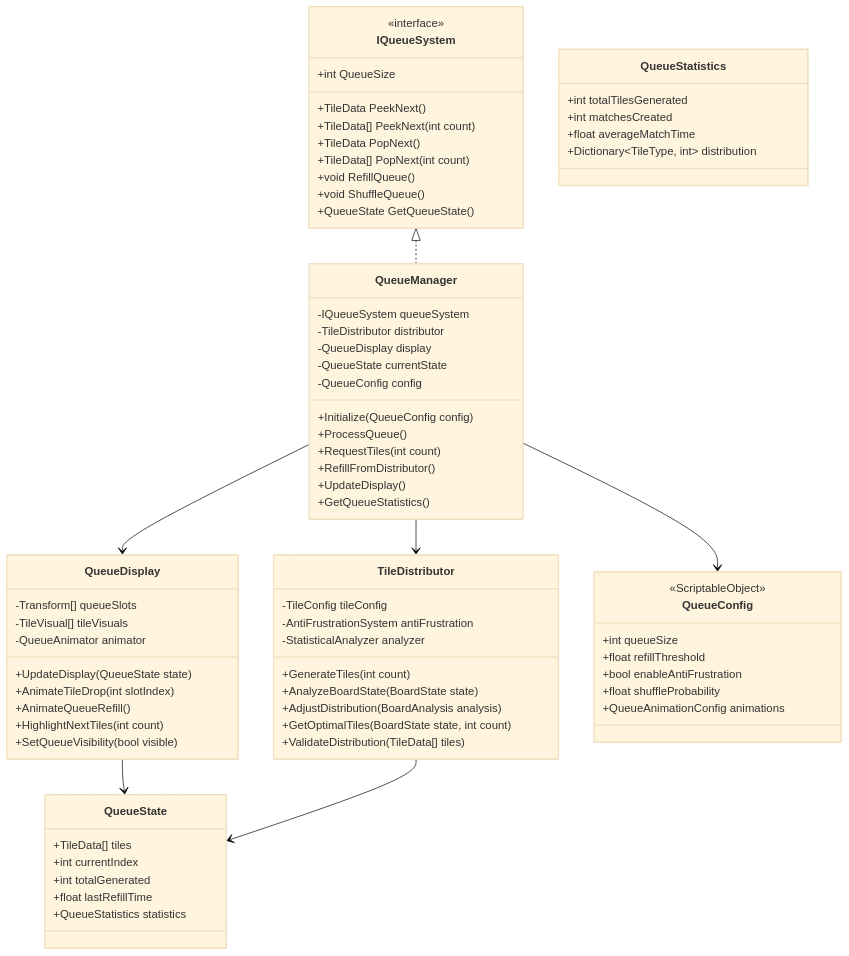
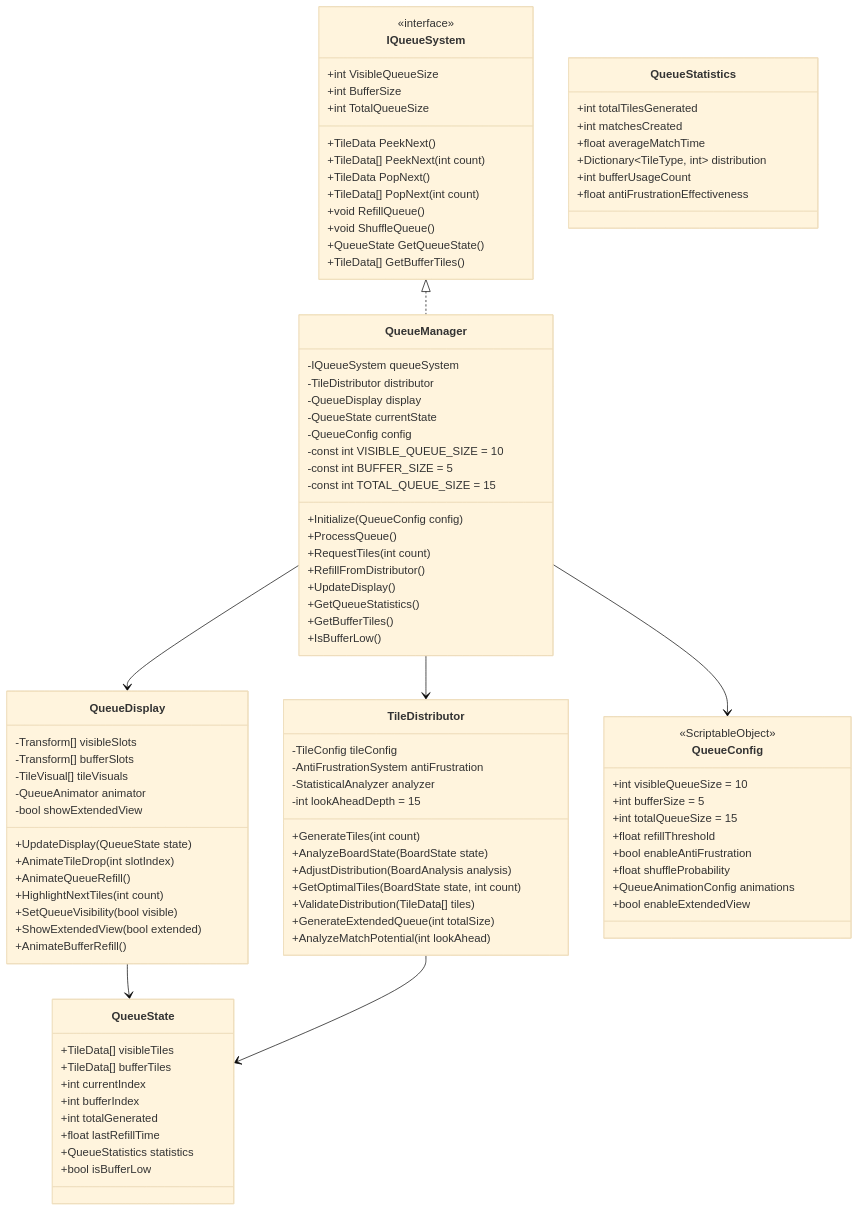
One commit to uriahwhitt/SWITCH changed the seventh of 33 diagrams in docs/architecture/SWITCH_system_architecture.md. Above: the diagram before and after it, drawn with Mermaid (base theme). The commit also changed other lines of this file and 42 other files, not shown here.

```diff
--- a/docs/architecture/SWITCH_system_architecture.md
+++ b/docs/architecture/SWITCH_system_architecture.md
@@ -376,7 +417,9 @@
 classDiagram
     class IQueueSystem {
         <<interface>>
-        +int QueueSize
+        +int VisibleQueueSize
+        +int BufferSize
+        +int TotalQueueSize
         +TileData PeekNext()
         +TileData[] PeekNext(int count)
         +TileData PopNext()
@@ -384,6 +427,7 @@
         +void RefillQueue()
         +void ShuffleQueue()
         +QueueState GetQueueState()
+        +TileData[] GetBufferTiles()
     }
     
     class QueueManager {
@@ -392,51 +436,69 @@
         -QueueDisplay display
         -QueueState currentState
         -QueueConfig config
+        -const int VISIBLE_QUEUE_SIZE = 10
+        -const int BUFFER_SIZE = 5
+        -const int TOTAL_QUEUE_SIZE = 15
         +Initialize(QueueConfig config)
         +ProcessQueue()
         +RequestTiles(int count)
         +RefillFromDistributor()
         +UpdateDisplay()
         +GetQueueStatistics()
+        +GetBufferTiles()
+        +IsBufferLow()
     }
     
     class QueueDisplay {
-        -Transform[] queueSlots
+        -Transform[] visibleSlots
+        -Transform[] bufferSlots
         -TileVisual[] tileVisuals
         -QueueAnimator animator
+        -bool showExtendedView
         +UpdateDisplay(QueueState state)
         +AnimateTileDrop(int slotIndex)
         +AnimateQueueRefill()
         +HighlightNextTiles(int count)
         +SetQueueVisibility(bool visible)
+        +ShowExtendedView(bool extended)
+        +AnimateBufferRefill()
     }
     
     class TileDistributor {
         -TileConfig tileConfig
         -AntiFrustrationSystem antiFrustration
         -StatisticalAnalyzer analyzer
+        -int lookAheadDepth = 15
         +GenerateTiles(int count)
         +AnalyzeBoardState(BoardState state)
         +AdjustDistribution(BoardAnalysis analysis)
         +GetOptimalTiles(BoardState state, int count)
         +ValidateDistribution(TileData[] tiles)
+        +GenerateExtendedQueue(int totalSize)
+        +AnalyzeMatchPotential(int lookAhead)
     }
     
     class QueueState {
-        +TileData[] tiles
+        +TileData[] visibleTiles
+        +TileData[] bufferTiles
         +int currentIndex
+        +int bufferIndex
         +int totalGenerated
         +float lastRefillTime
         +QueueStatistics statistics
+        +bool isBufferLow
     }
     
     class QueueConfig {
         <<ScriptableObject>>
-        +int queueSize
+        +int visibleQueueSize = 10
+        +int bufferSize = 5
+        +int totalQueueSize = 15
         +float refillThreshold
         +bool enableAntiFrustration
         +float shuffleProbability
         +QueueAnimationConfig animations
+        +bool enableExtendedView
     }
     
     class QueueStatistics {
@@ -444,6 +506,8 @@
         +int matchesCreated
         +float averageMatchTime
         +Dictionary~TileType, int~ distribution
+        +int bufferUsageCount
+        +float antiFrustrationEffectiveness
     }
     
     IQueueSystem <|.. QueueManager
```
